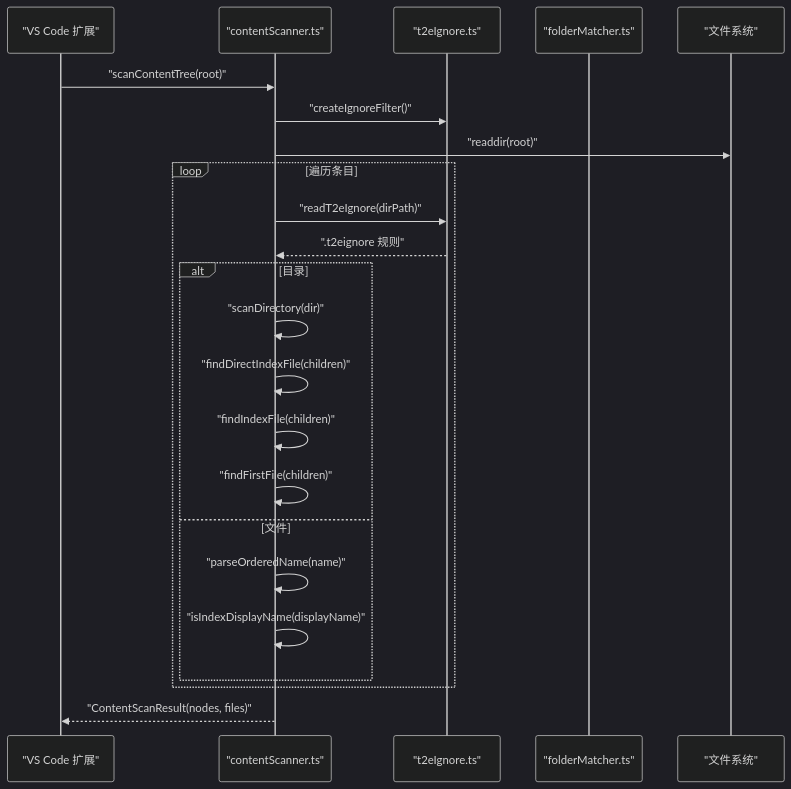
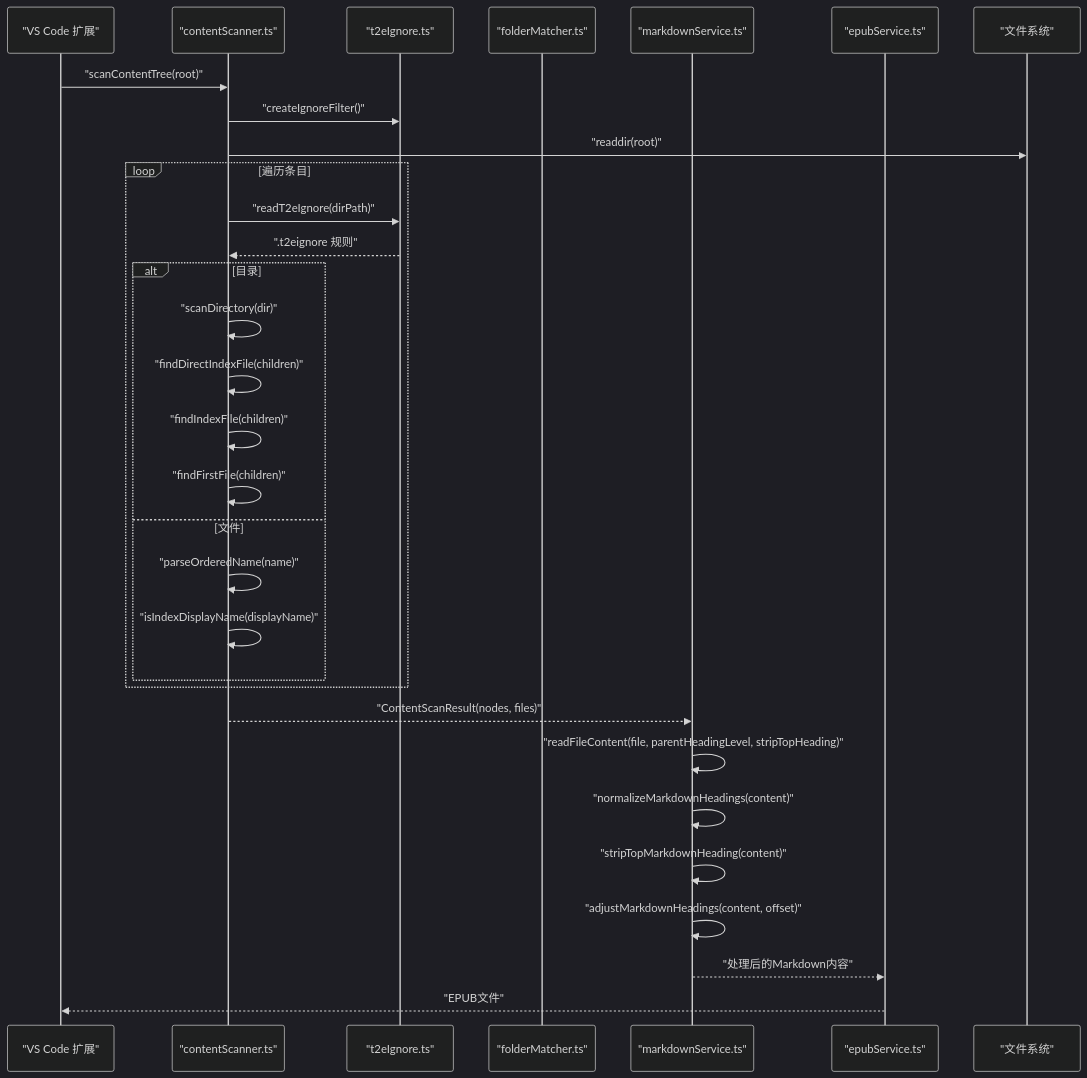
Before and after one commit to someok/vscode-folder2epub: the second of 5 diagrams in .qoder/repowiki/zh/content/技术架构详解/内容扫描系统/索引文件处理.md, drawn with Mermaid (dark theme). The commit also changed other lines of this file and 5 other files, not shown here.

````diff
--- a/.qoder/repowiki/zh/content/技术架构详解/内容扫描系统/索引文件处理.md
+++ b/.qoder/repowiki/zh/content/技术架构详解/内容扫描系统/索引文件处理.md
@@ -100,25 +120,33 @@
 ```mermaid
 sequenceDiagram
 participant VS as "VS Code 扩展"
 participant CS as "contentScanner.ts"
 participant TI as "t2eIgnore.ts"
 participant FM as "folderMatcher.ts"
+participant MS as "markdownService.ts"
+participant ES as "epubService.ts"
 participant FS as "文件系统"
 VS->>CS : "scanContentTree(root)"
 CS->>TI : "createIgnoreFilter()"
 CS->>FS : "readdir(root)"
 loop 遍历条目
 CS->>TI : "readT2eIgnore(dirPath)"
 TI-->>CS : ".t2eignore 规则"
 alt 目录
 CS->>CS : "scanDirectory(dir)"
 CS->>CS : "findDirectIndexFile(children)"
 CS->>CS : "findIndexFile(children)"
 CS->>CS : "findFirstFile(children)"
 else 文件
 CS->>CS : "parseOrderedName(name)"
 CS->>CS : "isIndexDisplayName(displayName)"
 end
 end
-CS-->>VS : "ContentScanResult(nodes, files)"
+CS-->>MS : "ContentScanResult(nodes, files)"
+MS->>MS : "readFileContent(file, parentHeadingLevel, stripTopHeading)"
+MS->>MS : "normalizeMarkdownHeadings(content)"
+MS->>MS : "stripTopMarkdownHeading(content)"
+MS->>MS : "adjustMarkdownHeadings(content, offset)"
+MS-->>ES : "处理后的Markdown内容"
+ES-->>VS : "EPUB文件"
 ```
````
